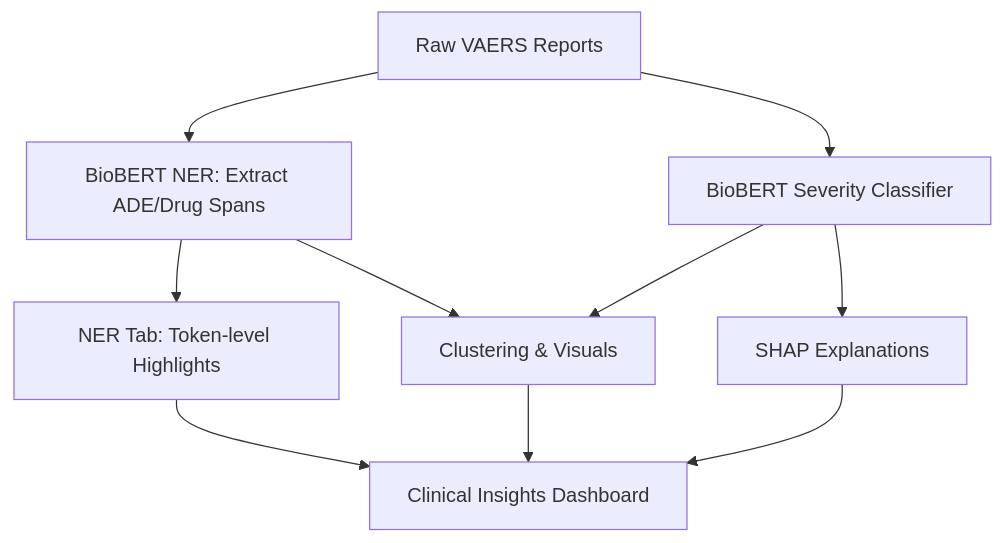
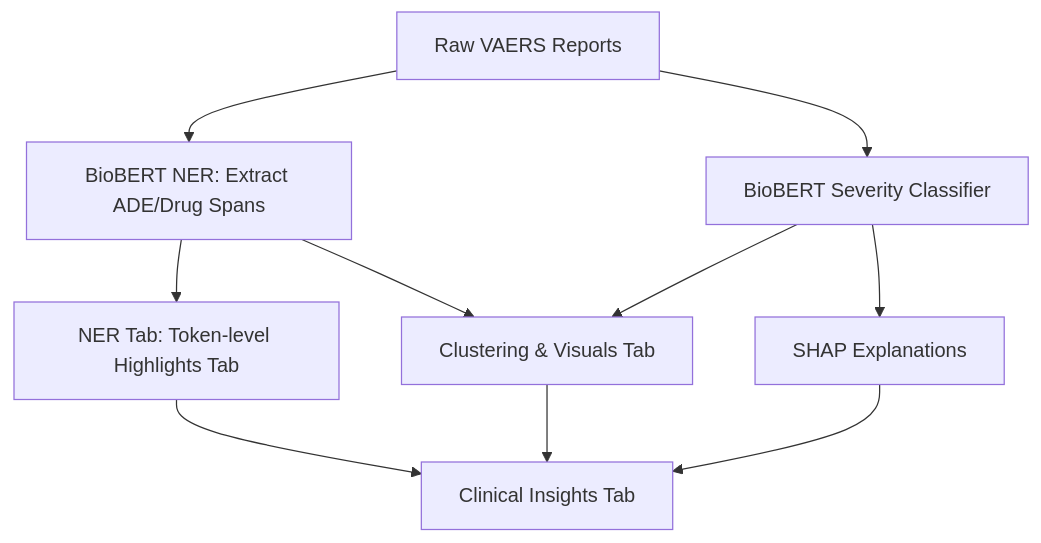
The diagram in README.md (Sugiuma/ADEGuard), drawn with Mermaid before and after one commit.

````diff
--- a/README.md
+++ b/README.md
@@ -61,17 +61,17 @@
 ```mermaid
 flowchart TD
 
 A[Raw VAERS Reports] --> B[BioBERT NER: Extract ADE/Drug Spans]
 A --> G[BioBERT Severity Classifier]
 G --> J[SHAP Explanations]
 
 %% NER Tab
-B --> C[NER Tab: Token-level Highlights]
-B --> D[Clustering & Visuals]
+B --> C[NER Tab: Token-level Highlights Tab] 
+B --> D[Clustering & Visuals Tab] 
 G --> D
 
 %% Streamlit Dashboard Integration
-C --> L[Clinical Insights Dashboard]
+C --> L[Clinical Insights Tab]
 D --> L
 J --> L
 ```
````
